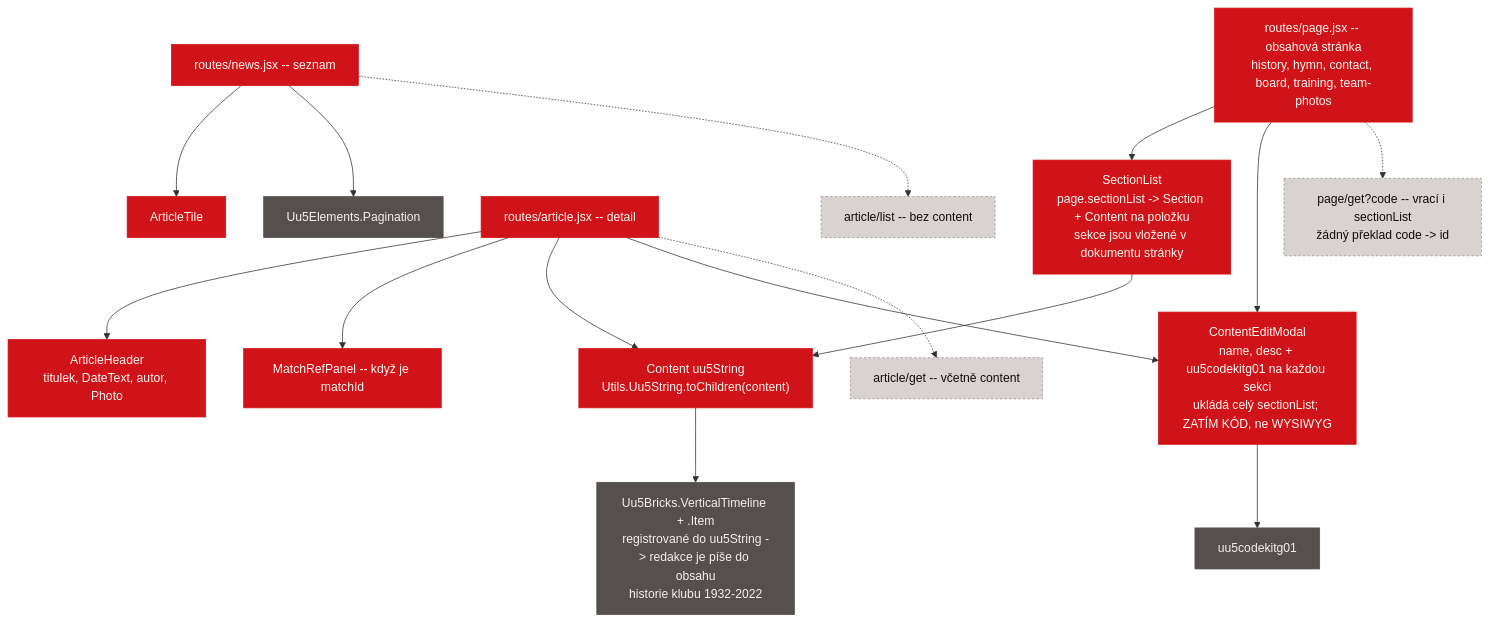
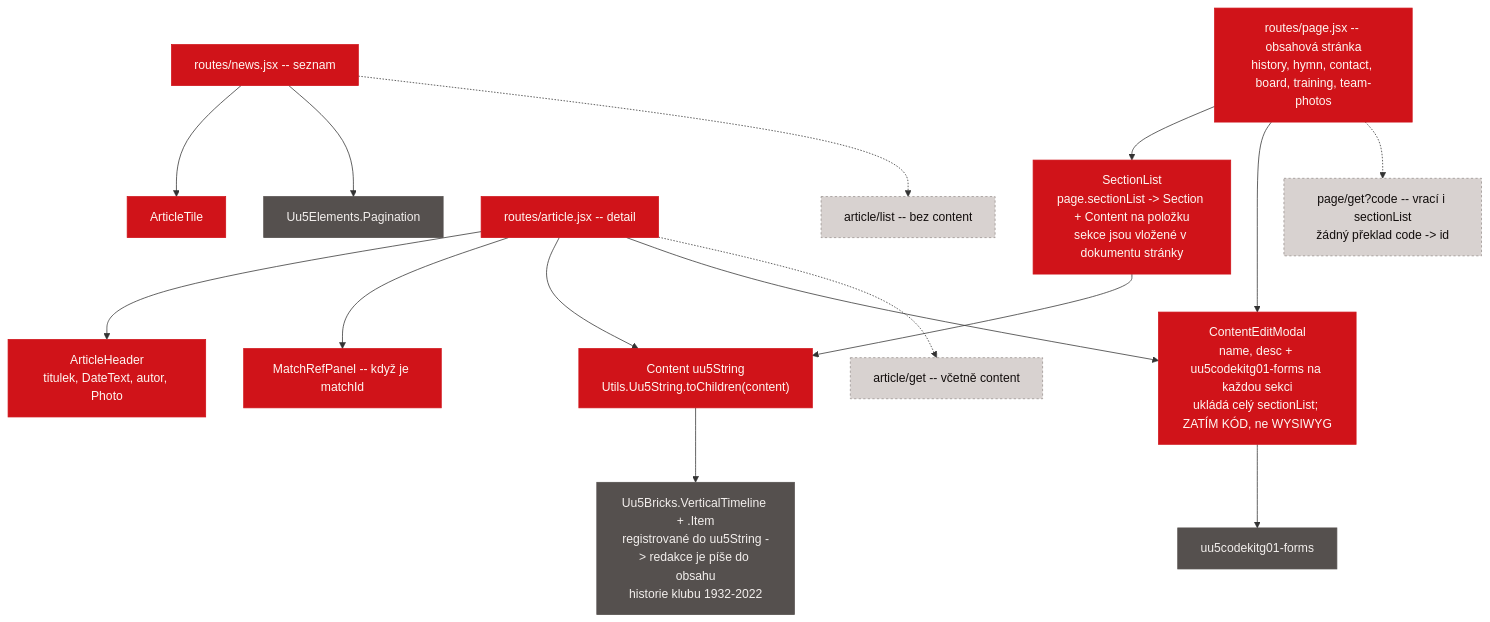
One commit to capo00/afkbratcice changed the eighth of 10 diagrams in design/component-tree.md. Above: the diagram before and after it, drawn with Mermaid. The commit also changed other lines of this file and 21 other files, not shown here.

````diff
--- a/design/component-tree.md
+++ b/design/component-tree.md
@@ -352,38 +352,38 @@
 ```mermaid
 flowchart TD
   news["routes/news.jsx -- seznam"]:::own
   pag["Uu5Elements.Pagination"]:::uu5
   atile["ArticleTile"]:::own
 
   art["routes/article.jsx -- detail"]:::own
   ahead["ArticleHeader<br/>titulek, DateText, autor, Photo"]:::own
   mref["MatchRefPanel -- když je matchId"]:::own
   content["Content uu5String<br/>Utils.Uu5String.toChildren(content)"]:::own
   seclist["SectionList<br/>page.sectionList -> Section + Content na položku<br/>sekce jsou vložené v dokumentu stránky"]:::own
 
   page["routes/page.jsx -- obsahová stránka<br/>history, hymn, contact, board, training, team-photos"]:::own
-  edit["ContentEditModal<br/>name, desc + uu5codekitg01 na každou sekci<br/>ukládá celý sectionList; ZATÍM KÓD, ne WYSIWYG"]:::own
-  ck["uu5codekitg01"]:::uu5
+  edit["ContentEditModal<br/>name, desc + uu5codekitg01-forms na každou sekci<br/>ukládá celý sectionList; ZATÍM KÓD, ne WYSIWYG"]:::own
+  ck["uu5codekitg01-forms"]:::uu5
   tl["Uu5Bricks.VerticalTimeline + .Item<br/>registrované do uu5String -> redakce je píše do obsahu<br/>historie klubu 1932-2022"]:::uu5
 
   d1["article/list -- bez content"]:::data
   d2["article/get -- včetně content"]:::data
   d3["page/get?code -- vrací i sectionList<br/>žádný překlad code -> id"]:::data
 
   news --> atile
   news --> pag
   news -.-> d1
   art --> ahead & mref & content
   art --> edit
   art -.-> d2
   page --> seclist --> content
   page --> edit
   page -.-> d3
   edit --> ck
   content --> tl
 
   classDef own fill:#D01319,color:#FEF7F2,stroke:#D01319
   classDef caio fill:#2A1B19,color:#F3EFED,stroke:#2A1B19
   classDef uu5 fill:#55504E,color:#F3EFED,stroke:#55504E
   classDef data fill:#D8D2D0,color:#120D0C,stroke:#99908E,stroke-dasharray:3 3
 ```
````
